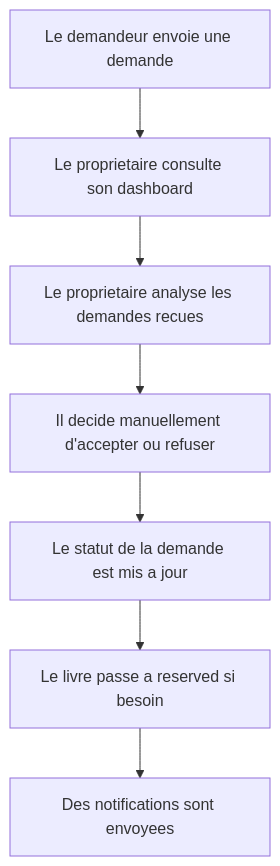
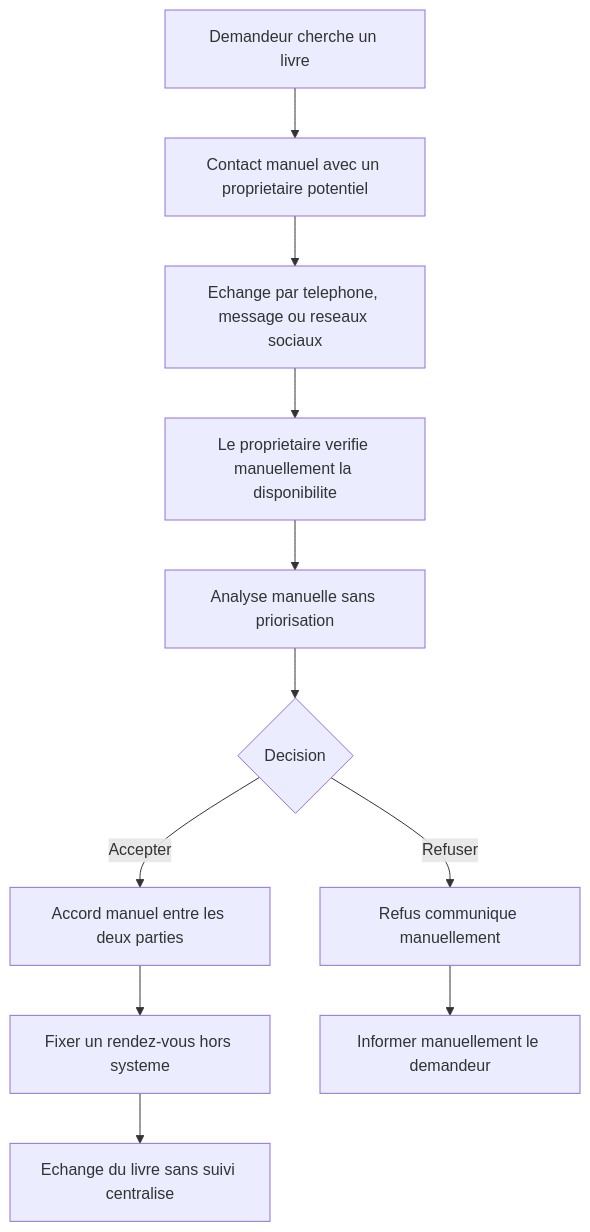
Before and after one commit to MrTBK/bookcycle-tunisia: the second of 5 diagrams in documents_aide/RPA_AGL_DIAGRAMMES_ET_SECTIONS.md, drawn with Mermaid. The commit also changed other lines of this file and 25 other files, not shown here.

````diff
--- a/documents_aide/RPA_AGL_DIAGRAMMES_ET_SECTIONS.md
+++ b/documents_aide/RPA_AGL_DIAGRAMMES_ET_SECTIONS.md
@@ -94,9 +96,13 @@
 ```mermaid
 flowchart TD
-    A["Le demandeur envoie une demande"] --> B["Le proprietaire consulte son dashboard"]
-    B --> C["Le proprietaire analyse les demandes recues"]
-    C --> D["Il decide manuellement d'accepter ou refuser"]
-    D --> E["Le statut de la demande est mis a jour"]
-    E --> F["Le livre passe a reserved si besoin"]
-    F --> G["Des notifications sont envoyees"]
+    A["Demandeur cherche un livre"] --> B["Contact manuel avec un proprietaire potentiel"]
+    B --> C["Echange par telephone, message ou reseaux sociaux"]
+    C --> D["Le proprietaire verifie manuellement la disponibilite"]
+    D --> E["Analyse manuelle sans priorisation"]
+    E --> G{"Decision"}
+    G -->|Accepter| H["Accord manuel entre les deux parties"]
+    G -->|Refuser| I["Refus communique manuellement"]
+    H --> J["Fixer un rendez-vous hors systeme"]
+    I --> K["Informer manuellement le demandeur"]
+    J --> L["Echange du livre sans suivi centralise"]
 ```
````
